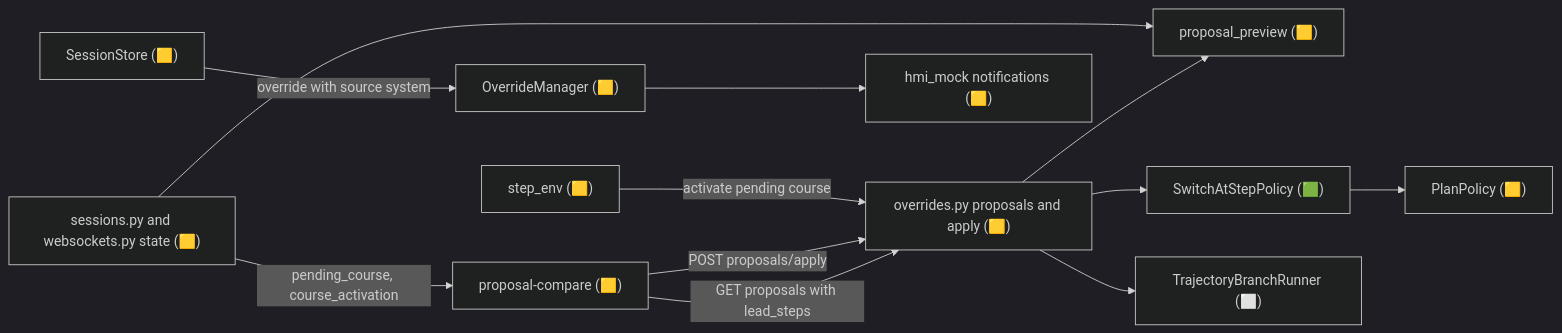
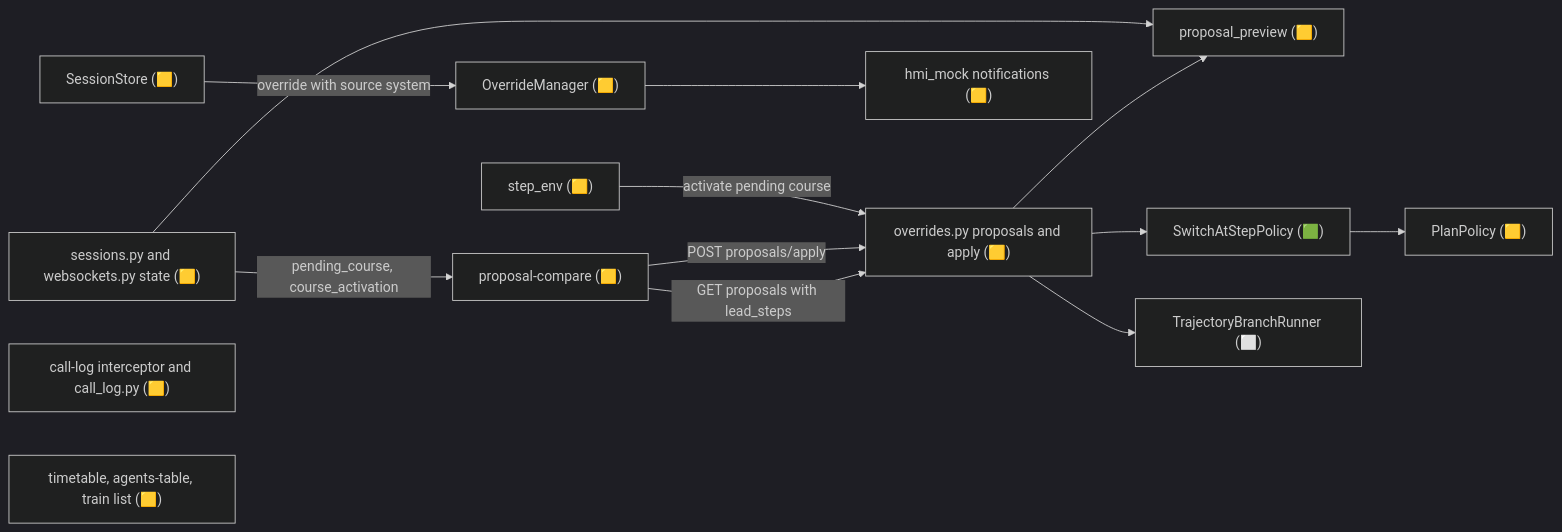
The first of 4 diagrams in docs/plans/plan-b-log-findings.md (flatland-association/flatland-ui-hub), drawn with Mermaid (dark theme) before and after one commit. The commit also changed other lines of this file, not shown here.

Commit message:
docs(plans): revise the Plan B log findings plan for consistency, gaps and the review findings' design.

````diff
--- a/docs/plans/plan-b-log-findings.md
+++ b/docs/plans/plan-b-log-findings.md
@@ -324,14 +357,16 @@
 ```mermaid
 flowchart LR
     PC["proposal-compare (🟨)"] -->|"GET proposals with lead_steps"| OV["overrides.py proposals and apply (🟨)"]
     PC -->|"POST proposals/apply"| OV
     OV --> PP["proposal_preview (🟨)"]
     OV --> SW["SwitchAtStepPolicy (🟩)"]
     OV --> BR["TrajectoryBranchRunner (⬜)"]
     ES["step_env (🟨)"] -->|"activate pending course"| OV
     ST["sessions.py and websockets.py state (🟨)"] -->|"pending_course, course_activation"| PC
     ST --> PP
     SS["SessionStore (🟨)"] -->|"override with source system"| OM["OverrideManager (🟨)"]
     OM --> HM["hmi_mock notifications (🟨)"]
     SW --> PL["PlanPolicy (🟨)"]
+    CL["call-log interceptor and call_log.py (🟨)"]
+    TT["timetable, agents-table, train list (🟨)"]
 ```
````
